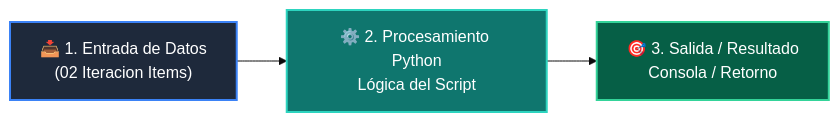
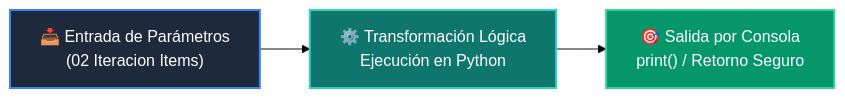
One commit to wisrovi/wisrovi-python changed the diagram in 01-fundamentos-python/clase-06-diccionarios/ejemplos/ejemplo_02_iteracion_items/README.md. Above: the diagram before and after it, drawn with Mermaid (base theme). The commit also changed other lines of this file and 226 other files, not shown here.

Commit message:
docs: elevate all repository READMEs to world-class mastery standard with rich pedagogical architecture, custom Mermaids, and professional styling

````diff
--- a/01-fundamentos-python/clase-06-diccionarios/ejemplos/ejemplo_02_iteracion_items/README.md
+++ b/01-fundamentos-python/clase-06-diccionarios/ejemplos/ejemplo_02_iteracion_items/README.md
@@ -12,9 +19,9 @@
 ```mermaid
 flowchart LR
-    A["📥 1. Entrada de Datos<br/>(02 Iteracion Items)"] --> B["⚙️ 2. Procesamiento Python<br/>Lógica del Script"]
-    B --> C["🎯 3. Salida / Resultado<br/>Consola / Retorno"]
+    A["📥 Entrada de Parámetros<br/>(02 Iteracion Items)"] --> B["⚙️ Transformación Lógica<br/>Ejecución en Python"]
+    B --> C["🎯 Salida por Consola<br/>print() / Retorno Seguro"]
 
-    style A fill:#1e293b,color:#fff,stroke:#3b82f6,stroke-width:2px
-    style B fill:#0f766e,color:#fff,stroke:#2dd4bf,stroke-width:2px
-    style C fill:#065f46,color:#fff,stroke:#34d399,stroke-width:2px
+    style A fill:#1e293b,color:#ffffff,stroke:#3b82f6,stroke-width:2px
+    style B fill:#0f766e,color:#ffffff,stroke:#2dd4bf,stroke-width:2px
+    style C fill:#059669,color:#ffffff,stroke:#34d399,stroke-width:2px
 ```
````
